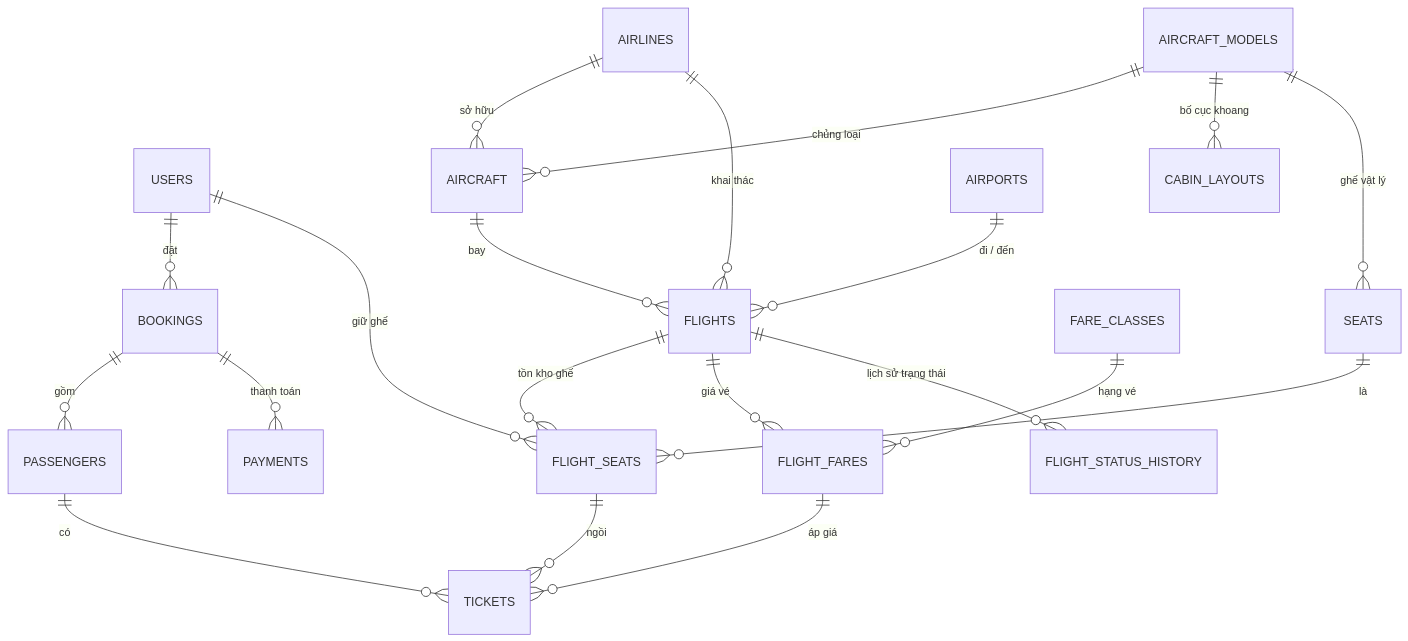
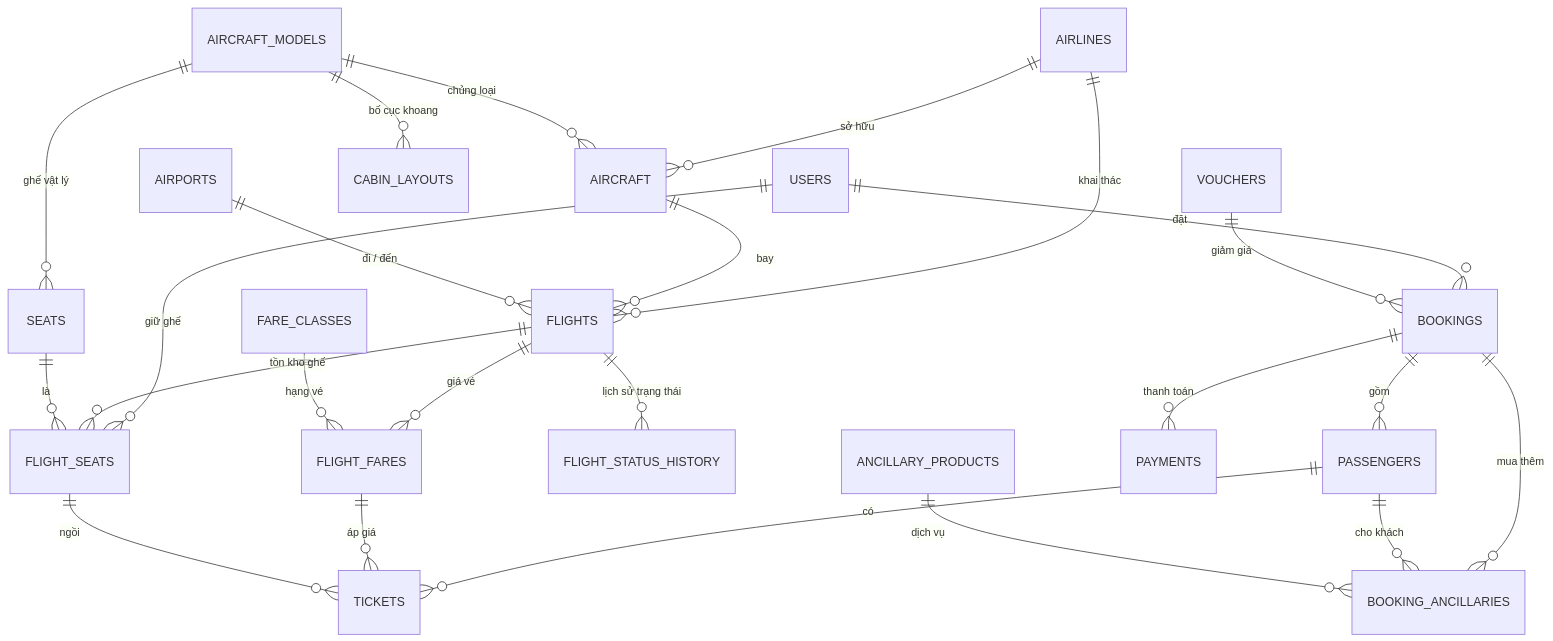
Before and after one commit to royalkay36-lgtm/flight-booking-system: the diagram in README.md, drawn with Mermaid. The commit also changed other lines of this file and 30 other files, not shown here.

````diff
--- a/README.md
+++ b/README.md
@@ -110,22 +149,26 @@
 ```mermaid
 erDiagram
     USERS ||--o{ BOOKINGS : "đặt"
     USERS ||--o{ FLIGHT_SEATS : "giữ ghế"
     AIRLINES ||--o{ AIRCRAFT : "sở hữu"
     AIRLINES ||--o{ FLIGHTS : "khai thác"
     AIRCRAFT_MODELS ||--o{ AIRCRAFT : "chủng loại"
     AIRCRAFT_MODELS ||--o{ CABIN_LAYOUTS : "bố cục khoang"
     AIRCRAFT_MODELS ||--o{ SEATS : "ghế vật lý"
     AIRCRAFT ||--o{ FLIGHTS : "bay"
     AIRPORTS ||--o{ FLIGHTS : "đi / đến"
     FLIGHTS ||--o{ FLIGHT_SEATS : "tồn kho ghế"
     SEATS ||--o{ FLIGHT_SEATS : "là"
     FLIGHTS ||--o{ FLIGHT_FARES : "giá vé"
     FARE_CLASSES ||--o{ FLIGHT_FARES : "hạng vé"
     FLIGHTS ||--o{ FLIGHT_STATUS_HISTORY : "lịch sử trạng thái"
     BOOKINGS ||--o{ PASSENGERS : "gồm"
     BOOKINGS ||--o{ PAYMENTS : "thanh toán"
     PASSENGERS ||--o{ TICKETS : "có"
     FLIGHT_FARES ||--o{ TICKETS : "áp giá"
     FLIGHT_SEATS ||--o{ TICKETS : "ngồi"
+    VOUCHERS ||--o{ BOOKINGS : "giảm giá"
+    BOOKINGS ||--o{ BOOKING_ANCILLARIES : "mua thêm"
+    PASSENGERS ||--o{ BOOKING_ANCILLARIES : "cho khách"
+    ANCILLARY_PRODUCTS ||--o{ BOOKING_ANCILLARIES : "dịch vụ"
 ```
````
